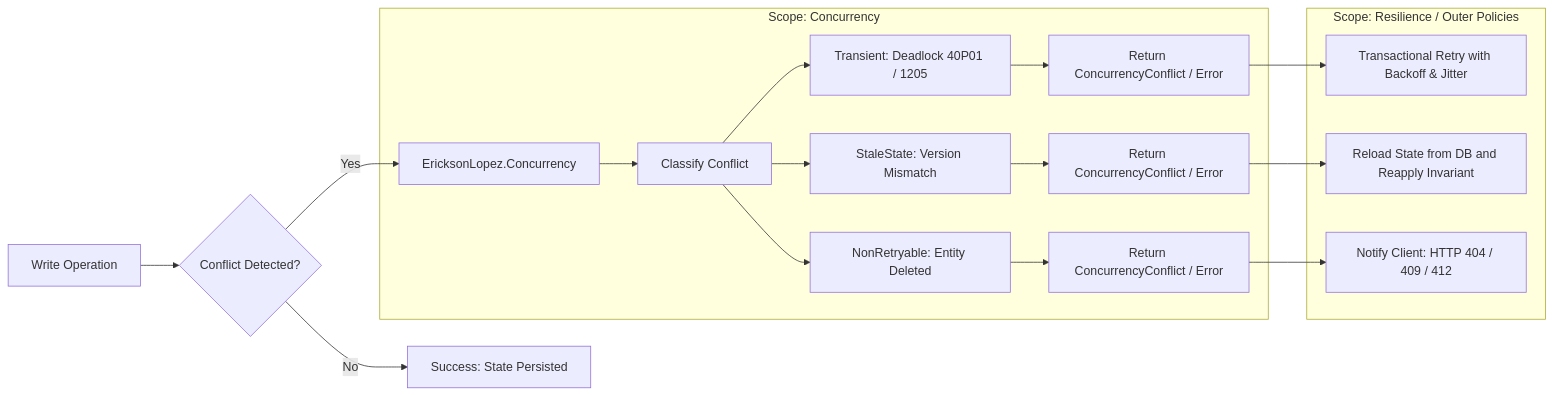
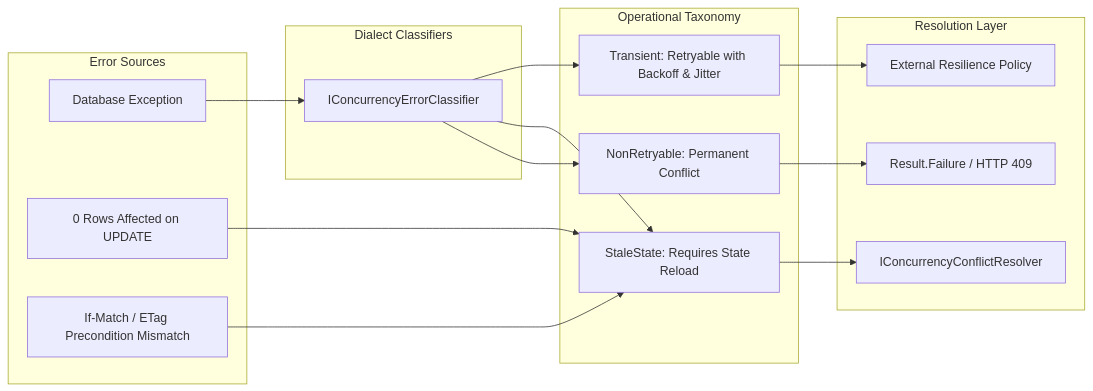
One commit to ericksonlopezf/dotnet-concurrency changed the ninth of 9 diagrams in docs/architecture-flow.md. Above: the diagram before and after it, drawn with Mermaid. The commit also changed other lines of this file and 155 other files, not shown here.

Commit message:
in-memory CAS concurrency hardening, reentrancy guards and dialect alignments

````diff
--- a/docs/architecture-flow.md
+++ b/docs/architecture-flow.md
@@ -162,22 +447,27 @@
 ```mermaid
 flowchart LR
-    A[Write Operation] --> B{Conflict Detected?}
-    B -- No --> C[Success: State Persisted]
-    B -- Yes --> D[EricksonLopez.Concurrency]
-    
-    subgraph ConcurrencyScope [Scope: Concurrency]
-        D --> E[Classify Conflict]
-        E --> F1[Transient: Deadlock 40P01 / 1205]
-        E --> F2[StaleState: Version Mismatch]
-        E --> F3[NonRetryable: Entity Deleted]
-        F1 --> G1[Return ConcurrencyConflict / Error]
-        F2 --> G2[Return ConcurrencyConflict / Error]
-        F3 --> G3[Return ConcurrencyConflict / Error]
+    subgraph ErrorSources [Error Sources]
+        DBEx[Database Exception]
+        ZeroRows[0 Rows Affected on UPDATE]
+        TokenDiff[If-Match / ETag Precondition Mismatch]
     end
-    
-    subgraph ResilienceScope [Scope: Resilience / Outer Policies]
-        G1 --> H1[Transactional Retry with Backoff & Jitter]
-        G2 --> H2[Reload State from DB and Reapply Invariant]
-        G3 --> H3[Notify Client: HTTP 404 / 409 / 412]
+
+    subgraph ErrorClassifiers [Dialect Classifiers]
+        Classifier[IConcurrencyErrorClassifier]
+        DBEx --> Classifier
+    end
+
+    subgraph Taxonomy [Operational Taxonomy]
+        Classifier --> Transient[Transient: Retryable with Backoff & Jitter]
+        Classifier --> StaleState[StaleState: Requires State Reload]
+        Classifier --> NonRetryable[NonRetryable: Permanent Conflict]
+        ZeroRows --> StaleState
+        TokenDiff --> StaleState
+    end
+
+    subgraph ResolutionLayer [Resolution Layer]
+        Transient --> RetryPolicy[External Resilience Policy]
+        StaleState --> DomainResolver[IConcurrencyConflictResolver]
+        NonRetryable --> FailResult[Result.Failure / HTTP 409]
     end
 ```
````
